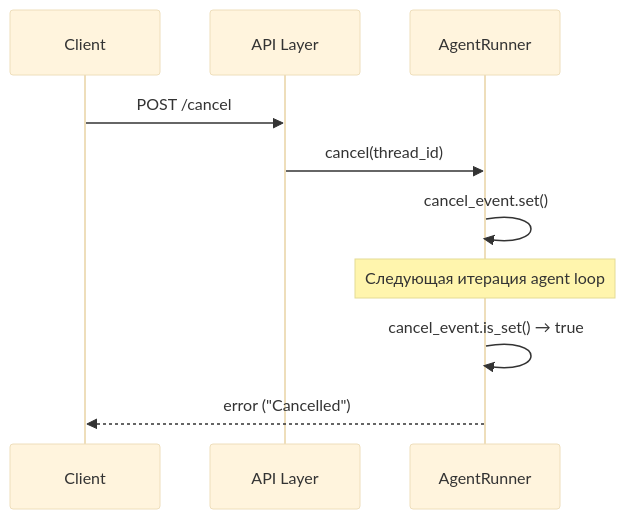
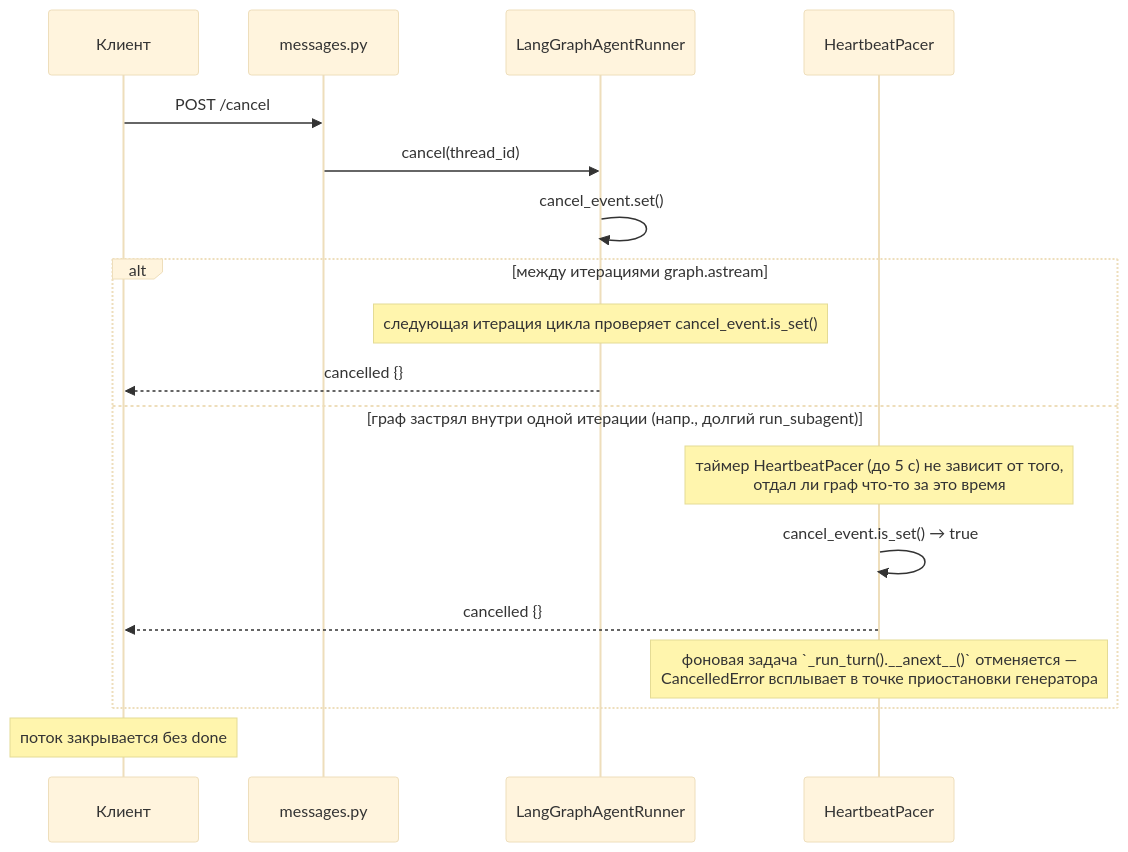
One commit to Bbar0n234/learnflow-ai changed the second of 2 diagrams in doc/tech/streaming.md. Above: the diagram before and after it, drawn with Mermaid (base theme). The commit also changed other lines of this file and 3 other files, not shown here.

````diff
--- a/doc/tech/streaming.md
+++ b/doc/tech/streaming.md
@@ -88,14 +169,22 @@
 ```mermaid
 sequenceDiagram
-    participant C as Client
-    participant API as API Layer
-    participant AGT as AgentRunner
+    participant C as Клиент
+    participant API as messages.py
+    participant R as LangGraphAgentRunner
+    participant HB as HeartbeatPacer
 
     C->>API: POST /cancel
-    API->>AGT: cancel(thread_id)
-    AGT->>AGT: cancel_event.set()
+    API->>R: cancel(thread_id)
+    R->>R: cancel_event.set()
 
-    Note over AGT: Следующая итерация agent loop
-    AGT->>AGT: cancel_event.is_set() → true
-    AGT-->>C: error ("Cancelled")
+    alt между итерациями graph.astream
+        Note over R: следующая итерация цикла проверяет cancel_event.is_set()
+        R-->>C: cancelled {}
+    else граф застрял внутри одной итерации (напр., долгий run_subagent)
+        Note over HB: таймер HeartbeatPacer (до 5 с) не зависит от того,<br/>отдал ли граф что-то за это время
+        HB->>HB: cancel_event.is_set() → true
+        HB-->>C: cancelled {}
+        Note over HB: фоновая задача `_run_turn().__anext__()` отменяется —<br/>CancelledError всплывает в точке приостановки генератора
+    end
+    Note over C: поток закрывается без done
 ```
````
